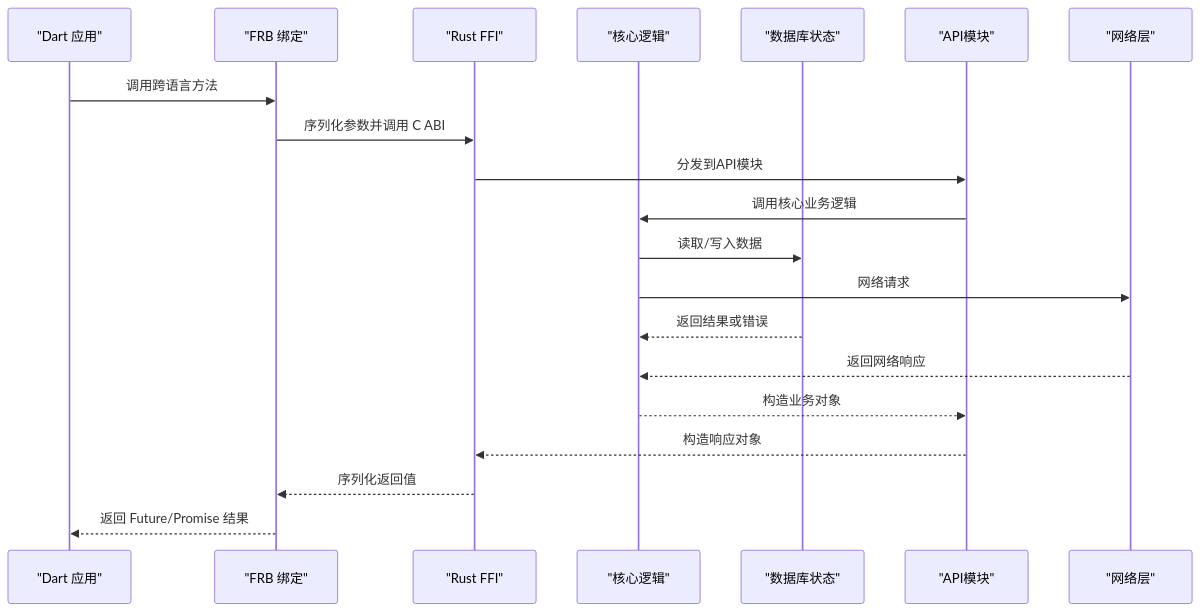
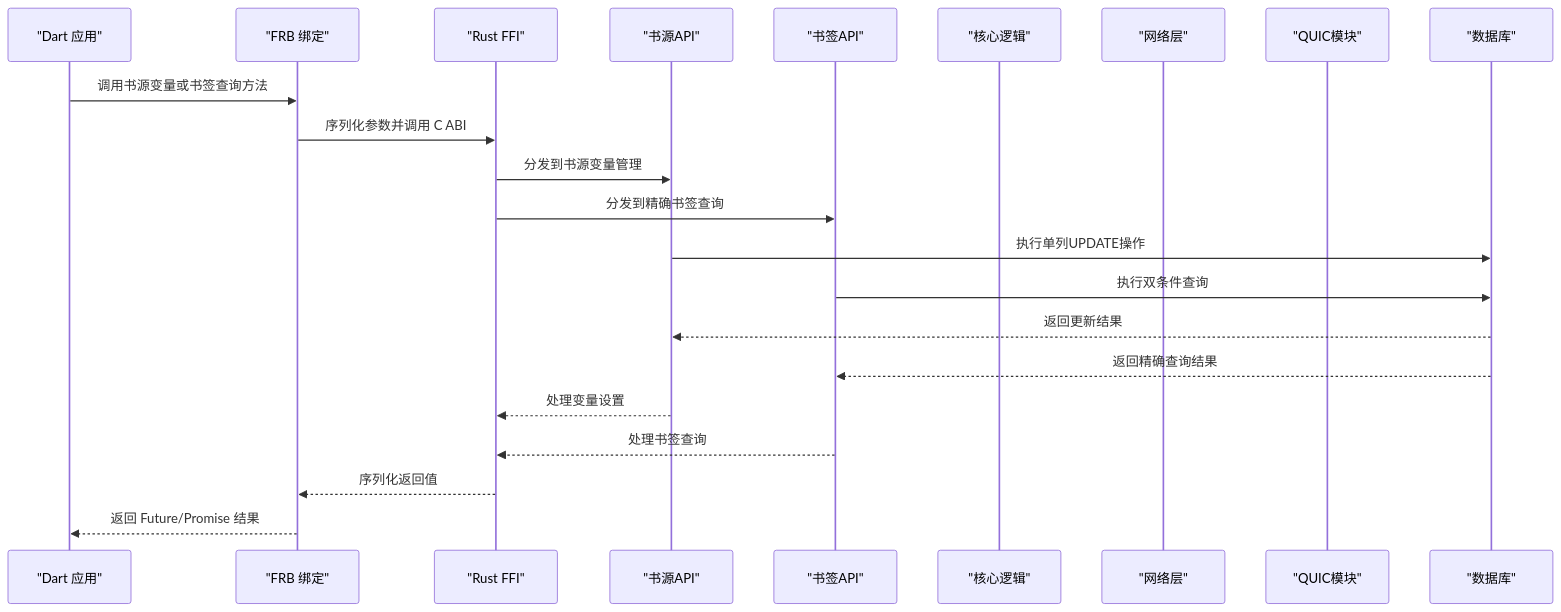
One commit to ZhangGHGitHub/LegadoTeamFlutter changed the second of 4 diagrams in .qoder/repowiki/zh/content/API参考/FFI跨语言接口.md. Above: the diagram before and after it, drawn with Mermaid. The commit also changed other lines of this file and 173 other files, not shown here.

````diff
--- a/.qoder/repowiki/zh/content/API参考/FFI跨语言接口.md
+++ b/.qoder/repowiki/zh/content/API参考/FFI跨语言接口.md
@@ -128,22 +132,24 @@
 ```mermaid
 sequenceDiagram
 participant Dart as "Dart 应用"
 participant FRB as "FRB 绑定"
 participant Rust as "Rust FFI"
+participant SourceApi as "书源API"
+participant BookmarkApi as "书签API"
 participant Core as "核心逻辑"
-participant DB as "数据库状态"
-participant API as "API模块"
 participant Net as "网络层"
-Dart->>FRB : 调用跨语言方法
+participant Quic as "QUIC模块"
+participant DB as "数据库"
+Dart->>FRB : 调用书源变量或书签查询方法
 FRB->>Rust : 序列化参数并调用 C ABI
-Rust->>API : 分发到API模块
-API->>Core : 调用核心业务逻辑
-Core->>DB : 读取/写入数据
-Core->>Net : 网络请求
-DB-->>Core : 返回结果或错误
-Net-->>Core : 返回网络响应
-Core-->>API : 构造业务对象
-API-->>Rust : 构造响应对象
+Rust->>SourceApi : 分发到书源变量管理
+Rust->>BookmarkApi : 分发到精确书签查询
+SourceApi->>DB : 执行单列UPDATE操作
+BookmarkApi->>DB : 执行双条件查询
+DB-->>SourceApi : 返回更新结果
+DB-->>BookmarkApi : 返回精确查询结果
+SourceApi-->>Rust : 处理变量设置
+BookmarkApi-->>Rust : 处理书签查询
 Rust-->>FRB : 序列化返回值
 FRB-->>Dart : 返回 Future/Promise 结果
 ```
````
